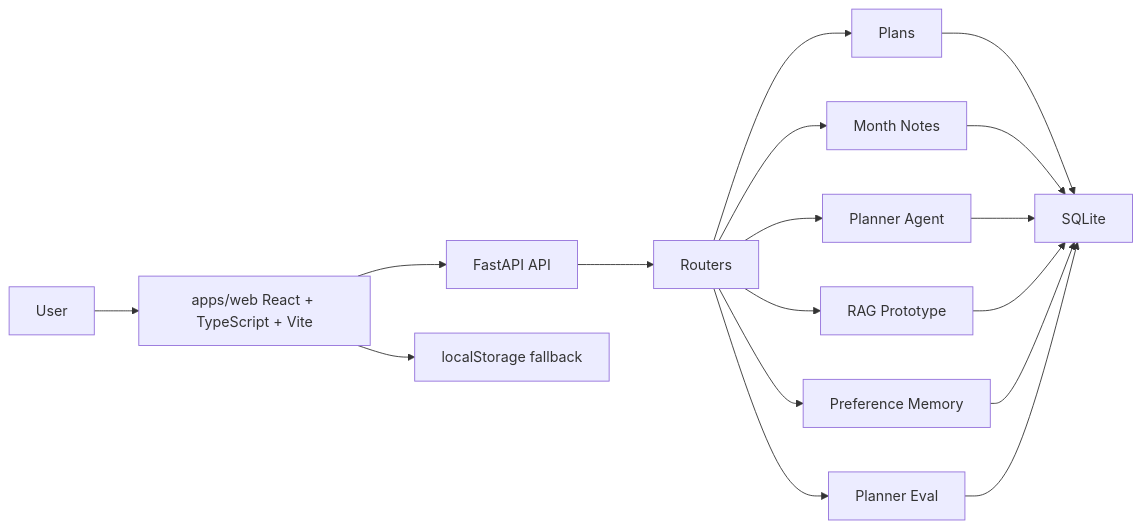
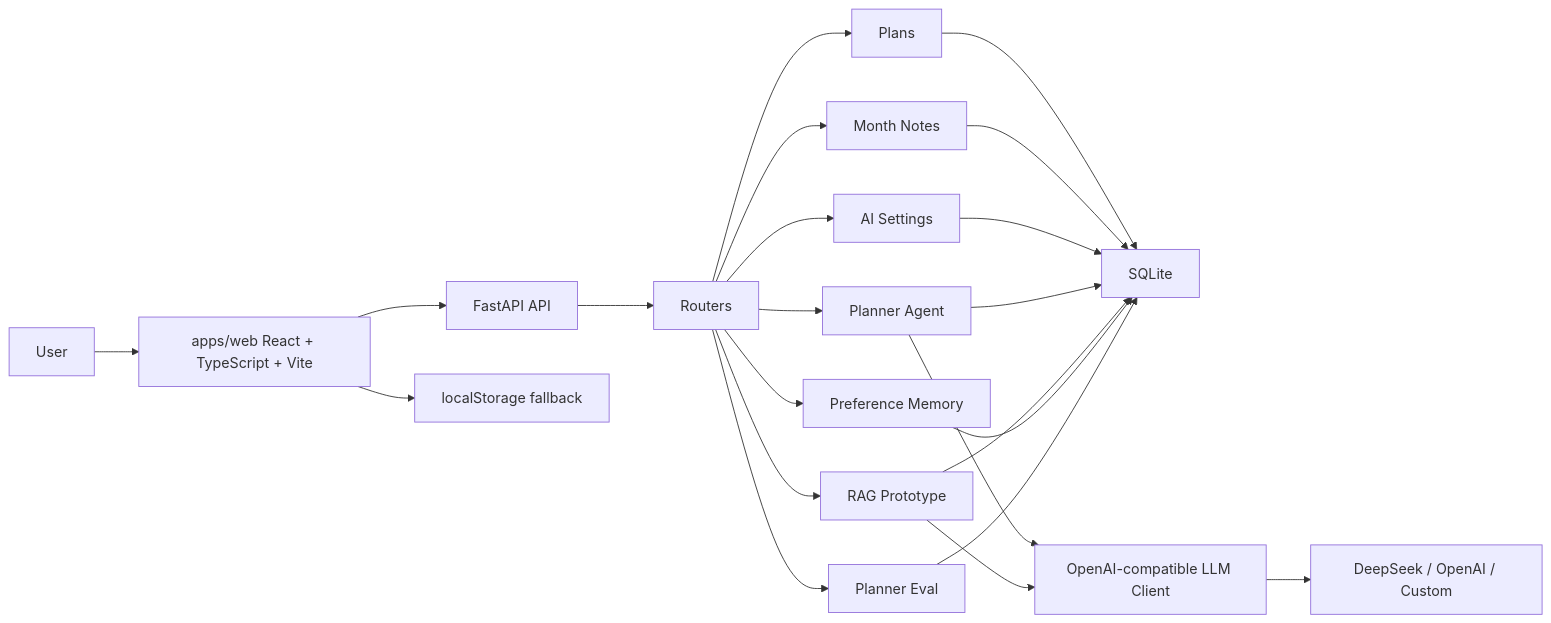
Before and after one commit to ab2956955606-cmyk/MyNotes: the diagram in docs/architecture.md, drawn with Mermaid. The commit also changed other lines of this file and 17 other files, not shown here.

Commit message:
feat: add configurable LLM settings

````diff
--- a/docs/architecture.md
+++ b/docs/architecture.md
@@ -3,21 +3,26 @@
 ```mermaid
 flowchart LR
   U["User"] --> FE["apps/web React + TypeScript + Vite"]
   FE --> API["FastAPI API"]
   FE --> LS["localStorage fallback"]
 
   API --> ROUTERS["Routers"]
   ROUTERS --> PLANS["Plans"]
   ROUTERS --> NOTES["Month Notes"]
+  ROUTERS --> SETTINGS["AI Settings"]
   ROUTERS --> AGENT["Planner Agent"]
   ROUTERS --> RAG["RAG Prototype"]
   ROUTERS --> MEM["Preference Memory"]
   ROUTERS --> EVAL["Planner Eval"]
 
   PLANS --> DB["SQLite"]
   NOTES --> DB
+  SETTINGS --> DB
+  AGENT --> LLM["OpenAI-compatible LLM Client"]
+  RAG --> LLM
+  LLM --> PROVIDER["DeepSeek / OpenAI / Custom"]
   AGENT --> DB
   RAG --> DB
   MEM --> DB
   EVAL --> DB
 ```
````
